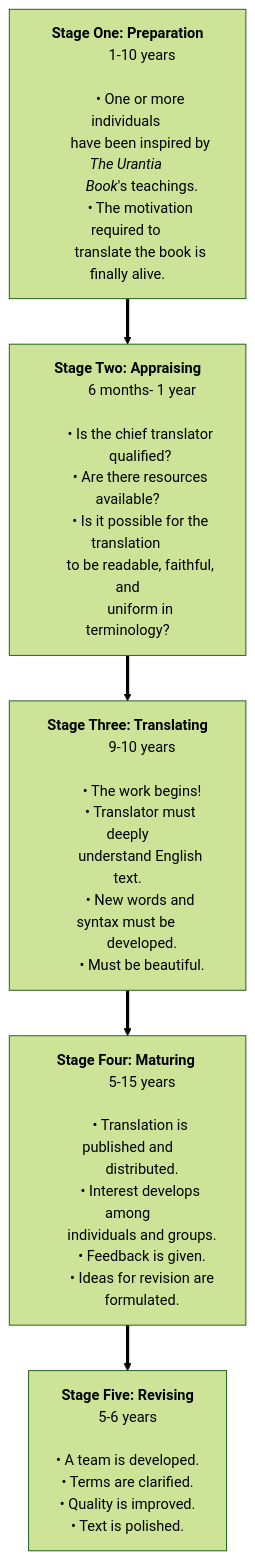
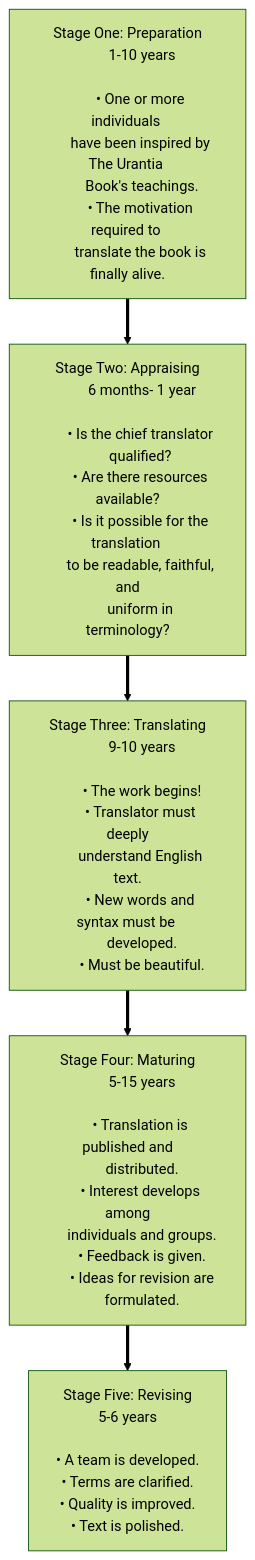
The diagram in output/wikijs/en/article/Marilynn_Kulieke/Creating_Translations_out_of_Love_Urantia_Foundations_Quality_Process.md (JanHerca/urantiapedia), drawn with Mermaid (forest theme) before and after one commit. The commit also changed other lines of this file and 8 other files, not shown here.

````diff
--- a/output/wikijs/en/article/Marilynn_Kulieke/Creating_Translations_out_of_Love_Urantia_Foundations_Quality_Process.md
+++ b/output/wikijs/en/article/Marilynn_Kulieke/Creating_Translations_out_of_Love_Urantia_Foundations_Quality_Process.md
@@ -56,55 +58,55 @@
 ```mermaid
 flowchart TB
     P1["
-        <b>Stage One: Preparation</b>
+        Stage One: Preparation
         1-10 years\n
         &bull; One or more individuals 
-        have been inspired by <i>The Urantia 
-        Book</i>'s teachings.
+        have been inspired by The Urantia 
+        Book's teachings.
         &bull; The motivation required to 
         translate the book is finally alive.
     "]
     P2["
-        <b>Stage Two: Appraising</b>
+        Stage Two: Appraising
         6 months- 1 year\n
         &bull; Is the chief translator 
         qualified? 
         &bull; Are there resources available?
         &bull; Is it possible for the translation 
         to be readable, faithful, and
         uniform in terminology?
     "]
     P3["
-        <b>Stage Three: Translating</b>
+        Stage Three: Translating
         9-10 years\n
         &bull; The work begins!
         &bull; Translator must deeply
         understand English text.
         &bull; New words and syntax must be 
         developed.
         &bull; Must be beautiful.
     "]
     P4["
-        <b>Stage Four: Maturing </b>
+        Stage Four: Maturing
         5-15 years\n
         &bull; Translation is published and
         distributed.
         &bull; Interest develops among
         individuals and groups.
         &bull; Feedback is given.
         &bull; Ideas for revision are
         formulated.
     "]
     P5["
-        <b>Stage Five: Revising</b>
+        Stage Five: Revising
         5-6 years\n
         &bull; A team is developed.
         &bull; Terms are clarified.
         &bull; Quality is improved.
         &bull; Text is polished. 
     "]
     P1 ==> P2
     P2 ==> P3
     P3 ==> P4
     P4 ==> P5
 ```
````
